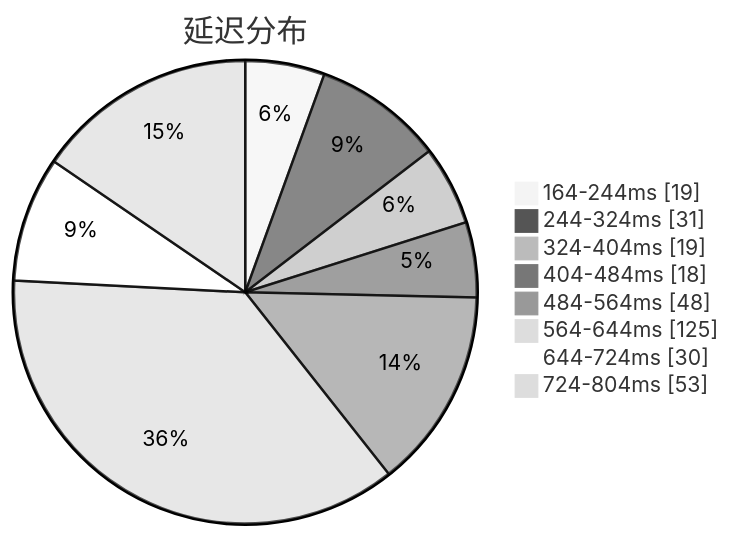
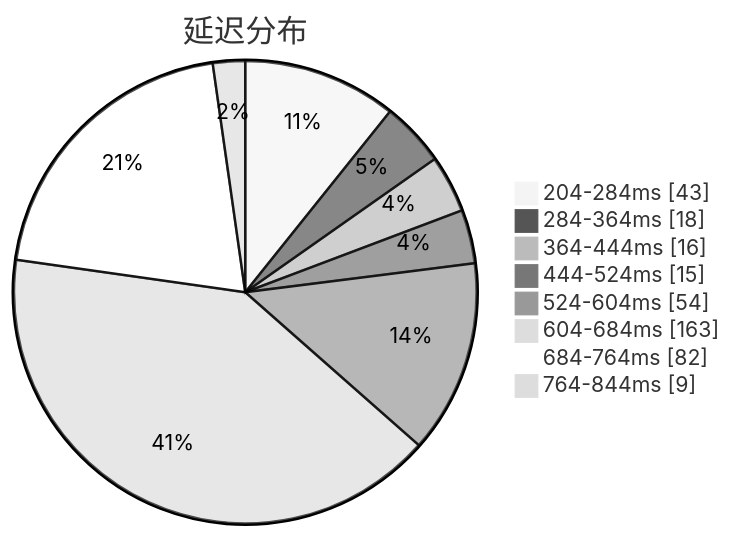
One commit to qjlxg/airport changed the first of 3 diagrams in subs/statistics/tested_within.md. Above: the diagram before and after it, drawn with Mermaid (neutral theme). The commit also changed other lines of this file and 2 other files, not shown here.

Commit message:
Tested by metaST

````diff
--- a/subs/statistics/tested_within.md
+++ b/subs/statistics/tested_within.md
@@ -2,12 +2,12 @@
 ```mermaid
 pie showData
 title 延迟分布
-"164-244ms" : 19
-"244-324ms" : 31
-"324-404ms" : 19
-"404-484ms" : 18
-"484-564ms" : 48
-"564-644ms" : 125
-"644-724ms" : 30
-"724-804ms" : 53
+"204-284ms" : 43
+"284-364ms" : 18
+"364-444ms" : 16
+"444-524ms" : 15
+"524-604ms" : 54
+"604-684ms" : 163
+"684-764ms" : 82
+"764-844ms" : 9
 ```
````
